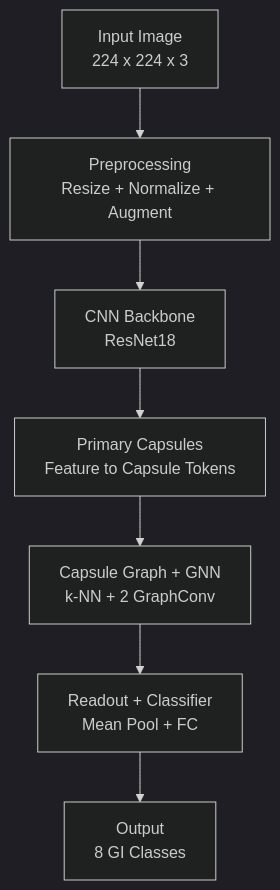
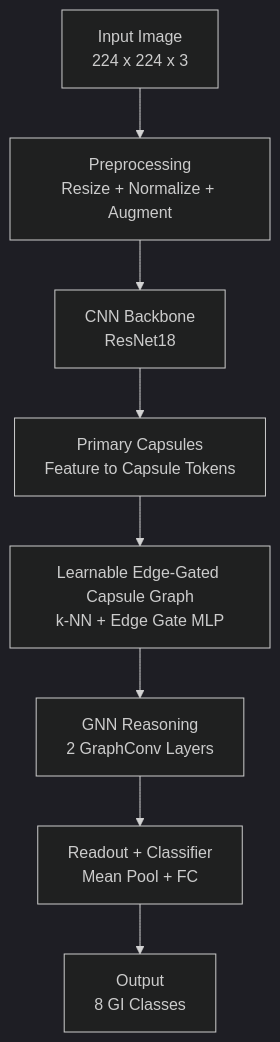
One commit to sameer512100/Minor_Project changed the diagram in cnn_capsgnn_architecture.md. Above: the diagram before and after it, drawn with Mermaid (dark theme). The commit also changed other lines of this file and 4 other files, not shown here.

````diff
--- a/cnn_capsgnn_architecture.md
+++ b/cnn_capsgnn_architecture.md
@@ -3,12 +3,13 @@
 ```mermaid
 flowchart TD
     A[Input Image<br/>224 x 224 x 3]
     B[Preprocessing<br/>Resize + Normalize + Augment]
     C[CNN Backbone<br/>ResNet18]
     D[Primary Capsules<br/>Feature to Capsule Tokens]
-    E[Capsule Graph + GNN<br/>k-NN + 2 GraphConv]
-    F[Readout + Classifier<br/>Mean Pool + FC]
-    G[Output<br/>8 GI Classes]
+    E[Learnable Edge-Gated Capsule Graph<br/>k-NN + Edge Gate MLP]
+    F[GNN Reasoning<br/>2 GraphConv Layers]
+    G[Readout + Classifier<br/>Mean Pool + FC]
+    H[Output<br/>8 GI Classes]
 
-    A --> B --> C --> D --> E --> F --> G
+    A --> B --> C --> D --> E --> F --> G --> H
 ```
````
